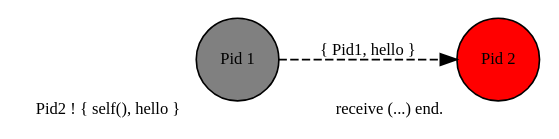
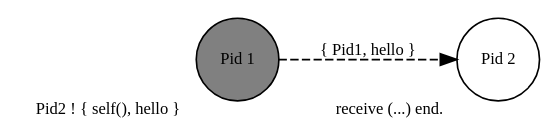
Before and after one commit to mtrsk/mtrsk.github.io: the second of 4 diagrams in notes/20240930224229-concurrent_erlang.org, drawn with Graphviz. The commit also changed other lines of this file and 9 other files, not shown here.

Commit message:
notes: add graphviz-based images

```diff
--- a/notes/20240930224229-concurrent_erlang.org
+++ b/notes/20240930224229-concurrent_erlang.org
@@ -43,11 +43,11 @@
 #+BEGIN_SRC dot :file ../static/img/notes/erlang_send.png :cmdline -Kdot -Tpng :exports results
   digraph Send {
     node [shape=circle];
     rankdir="LR";
 
     pid1 [label="Pid 1", xlabel="Pid2 ! { self(), hello }", fontsize="10pt", style=filled, fillcolor=grey];
-    pid2 [label="Pid 2", fontsize="10pt", style=filled, fillcolor=red, xlabel="receive (...) end." ];
+    pid2 [label="Pid 2", fontsize="10pt", style=filled, fillcolor=white, xlabel="receive (...) end." ];
 
     pid1 -> pid2 [label="{ Pid1, hello }", fontsize="10pt", style=dashed];
   }
 #+END_SRC
```
